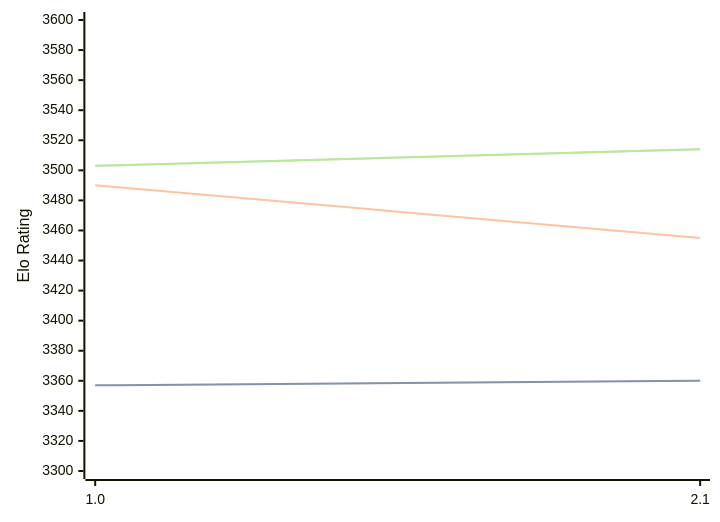
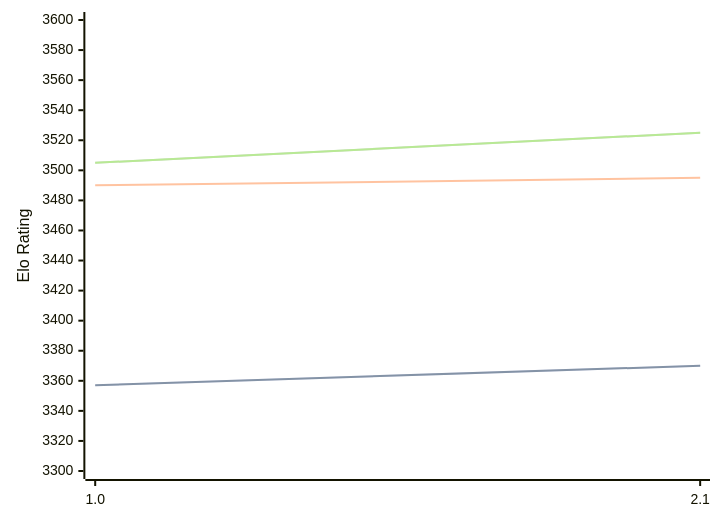
The first of 3 diagrams in engines/Hobbes.md (computer-chess-index/cci), drawn with Mermaid before and after one commit. The commit also changed other lines of this file, not shown here.

Commit message:
Update CCI Ratings (ELO VLTC) - 2026-06-24

````diff
--- a/engines/Hobbes.md
+++ b/engines/Hobbes.md
@@ -33,11 +33,11 @@
 ```mermaid
 %%{init: {"theme":"base","themeVariables":{"seriesColors:['#a3a3a3','#222221','#faa371']}}}%%
 xychart-beta
   x-axis ["1.0", "2.1"]
   y-axis "Elo Rating" 3300 --> 3600
-  line "STC (8.0+0.08s)" [3357, 3360]
-  line "STC (8.0+0.08s)" [3357, 3360]
-  line "LTC (60.0+0.60s)" [3490, 3455]
-  line "VLTC (2m24s+1.12s)" [3503, 3514]
-  line "VLTC (2m24s+1.12s)" [3503, 3514]
+  line "STC (8.0+0.08s)" [3357, 3370]
+  line "STC (8.0+0.08s)" [3357, 3370]
+  line "LTC (60.0+0.60s)" [3490, 3495]
+  line "VLTC (2m24s+1.12s)" [3505, 3525]
+  line "VLTC (2m24s+1.12s)" [3505, 3525]
 ```
````
